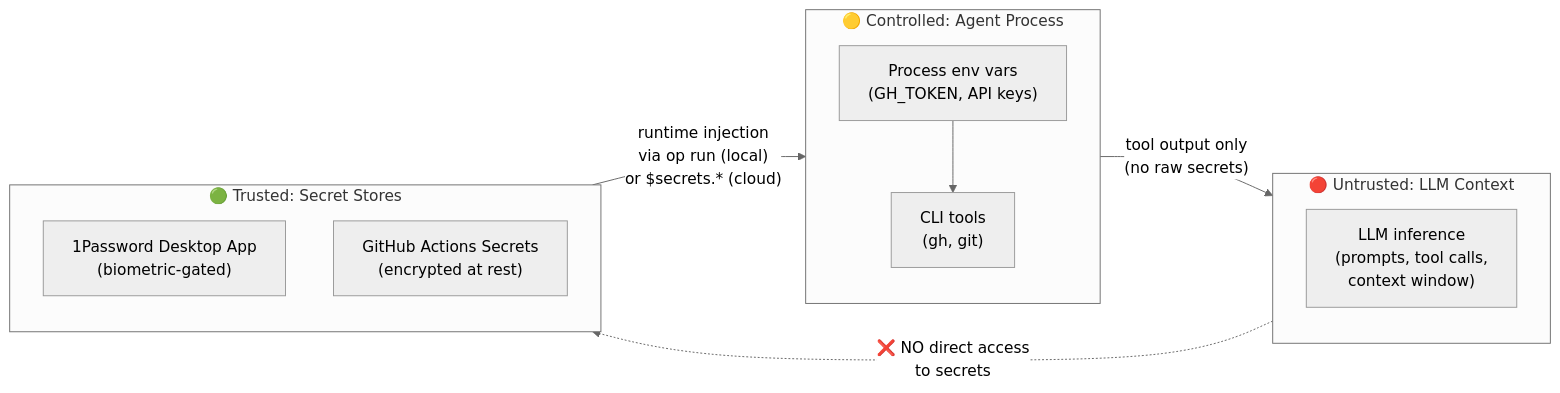
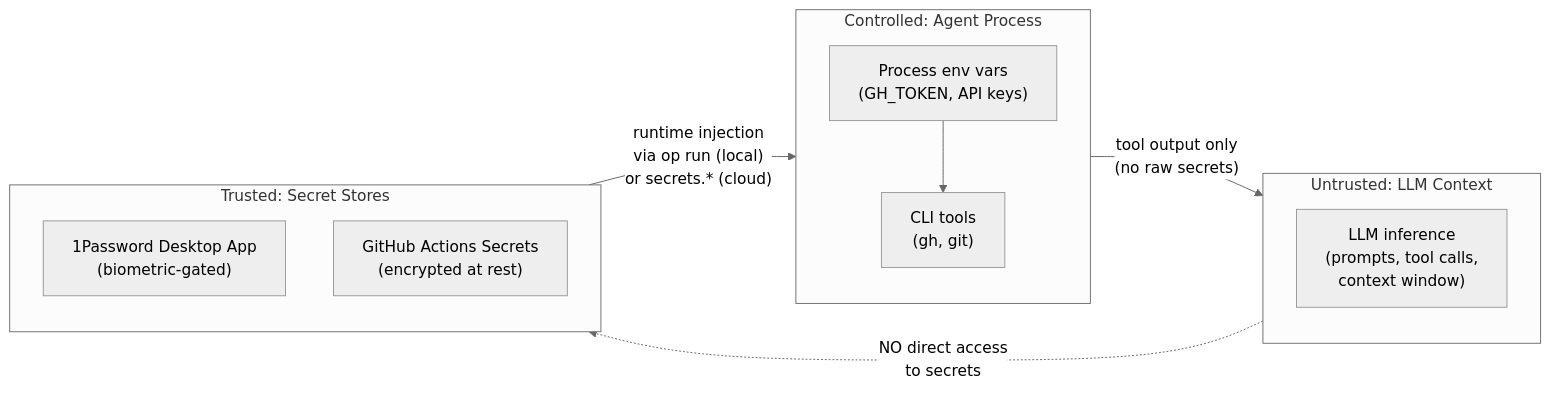
One commit to visaivis/iterm2 changed the fourth of 5 diagrams in docs/agent-secrets.md. Above: the diagram before and after it, drawn with Mermaid (neutral theme). The commit also changed other lines of this file and 1 other file, not shown here.

First line of the commit message:
fix: improve mermaid diagram formatting with <br/> and explicit subgraph IDs

````diff
--- a/docs/agent-secrets.md
+++ b/docs/agent-secrets.md
@@ -184,21 +184,21 @@
 ```mermaid
 flowchart LR
-    subgraph RED["🔴 Untrusted: LLM Context"]
-        LLM["LLM inference\n(prompts, tool calls,\ncontext window)"]
+    subgraph RED["Untrusted: LLM Context"]
+        LLM["LLM inference<br/>(prompts, tool calls,<br/>context window)"]
     end
 
-    subgraph YELLOW["🟡 Controlled: Agent Process"]
-        PROC["Process env vars\n(GH_TOKEN, API keys)"]
-        TOOLS["CLI tools\n(gh, git)"]
+    subgraph YELLOW["Controlled: Agent Process"]
+        PROC["Process env vars<br/>(GH_TOKEN, API keys)"]
+        TOOLS["CLI tools<br/>(gh, git)"]
         PROC --> TOOLS
     end
 
-    subgraph GREEN["🟢 Trusted: Secret Stores"]
-        OP2["1Password Desktop App\n(biometric-gated)"]
-        GHS2["GitHub Actions Secrets\n(encrypted at rest)"]
+    subgraph GREEN["Trusted: Secret Stores"]
+        OP2["1Password Desktop App<br/>(biometric-gated)"]
+        GHS2["GitHub Actions Secrets<br/>(encrypted at rest)"]
     end
 
-    GREEN -->|"runtime injection\nvia op run (local)\nor $secrets.* (cloud)"| YELLOW
-    YELLOW -->|"tool output only\n(no raw secrets)"| RED
-    RED -.->|"❌ NO direct access\nto secrets"| GREEN
+    GREEN -->|"runtime injection<br/>via op run (local)<br/>or secrets.* (cloud)"| YELLOW
+    YELLOW -->|"tool output only<br/>(no raw secrets)"| RED
+    RED -.->|"NO direct access<br/>to secrets"| GREEN
 ```
````
